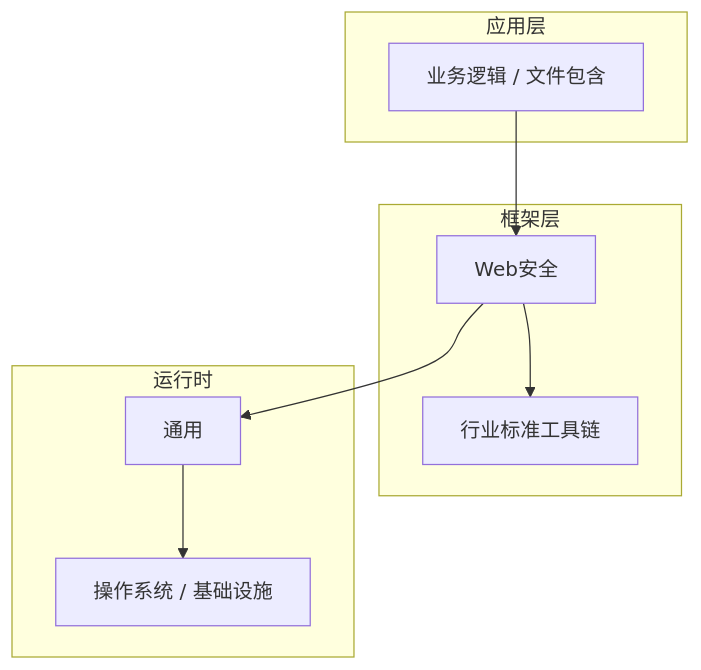
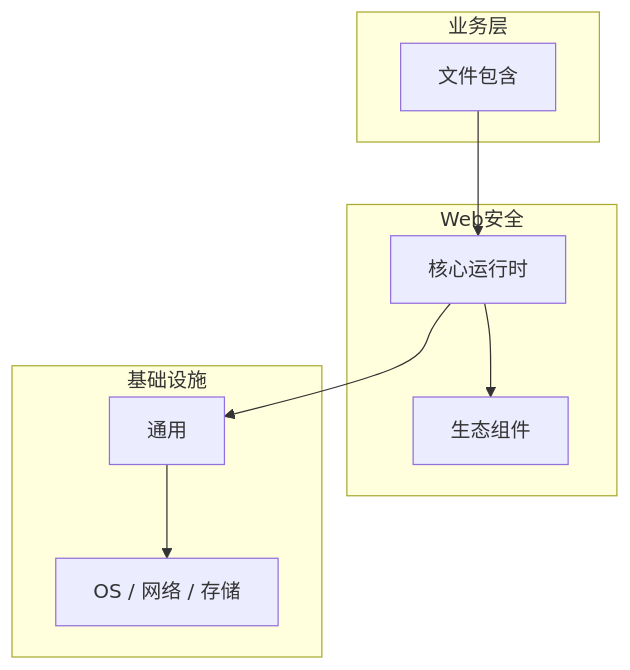
One commit to yanggan2015/knowledge-json-v2 changed the diagram in articles/Web安全/chapters/037-文件包含核心概念与原理.md. Above: the diagram before and after it, drawn with Mermaid. The commit also changed other lines of this file and 10127 other files, not shown here.

````diff
--- a/articles/Web安全/chapters/037-文件包含核心概念与原理.md
+++ b/articles/Web安全/chapters/037-文件包含核心概念与原理.md
@@ -46,18 +31,18 @@
 ```mermaid
 graph TB
-    subgraph 应用层
-        A[业务逻辑 / 文件包含]
+    subgraph 业务层
+        A[文件包含]
     end
-    subgraph 框架层
-        B[Web安全]
-        C[行业标准工具链]
+    subgraph Web安全
+        B[核心运行时]
+        C[生态组件]
     end
-    subgraph 运行时
+    subgraph 基础设施
         D[通用]
-        E[操作系统 / 基础设施]
+        E[OS / 网络 / 存储]
     end
     A --> B
     B --> C
     B --> D
     D --> E
 ```
````
